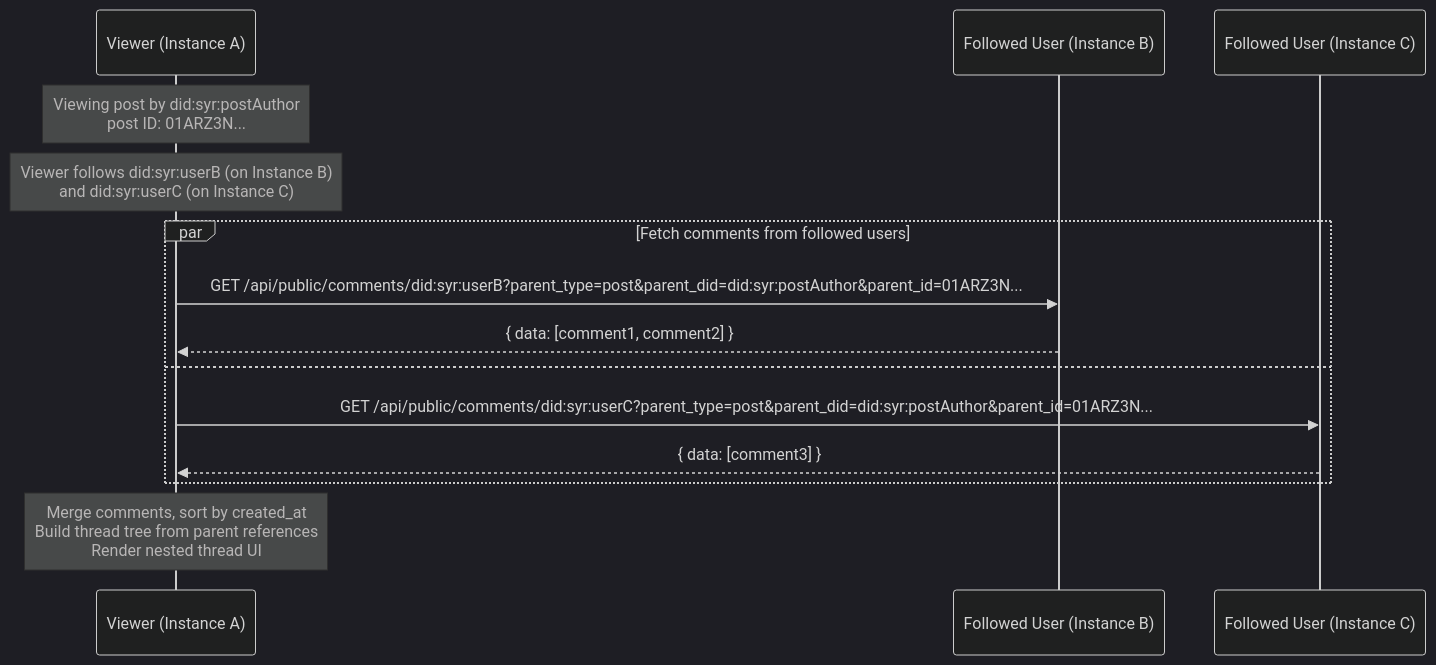
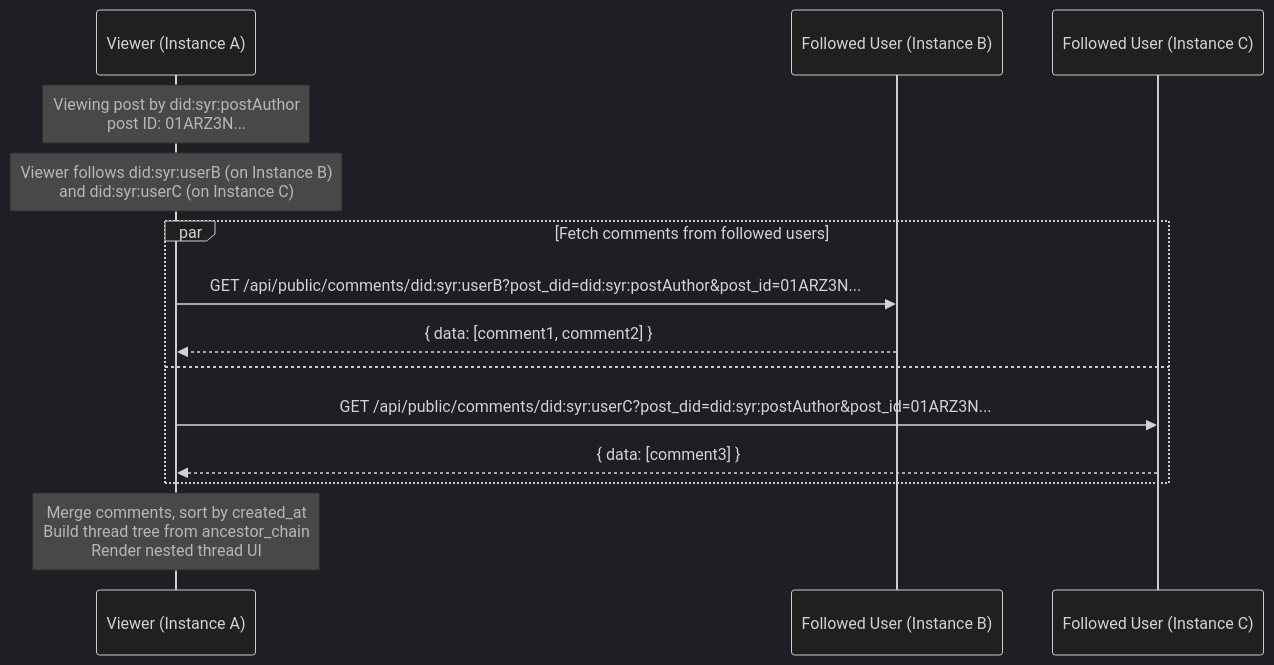
Before and after one commit to syr-is/syr: the diagram in apps/docs/app/src/routes/architecture/comments-reactions/+page.md, drawn with Mermaid (dark theme). The commit also changed other lines of this file and 4 other files, not shown here.

````diff
--- a/apps/docs/app/src/routes/architecture/comments-reactions/+page.md
+++ b/apps/docs/app/src/routes/architecture/comments-reactions/+page.md
@@ -170,20 +170,20 @@
 ```mermaid
 sequenceDiagram
     participant Viewer as Viewer (Instance A)
     participant FollowedB as Followed User (Instance B)
     participant FollowedC as Followed User (Instance C)
 
     Note over Viewer: Viewing post by did:syr:postAuthor<br/>post ID: 01ARZ3N...
 
     Note over Viewer: Viewer follows did:syr:userB (on Instance B)<br/>and did:syr:userC (on Instance C)
 
     par Fetch comments from followed users
-        Viewer->>FollowedB: GET /api/public/comments/did:syr:userB?parent_type=post&parent_did=did:syr:postAuthor&parent_id=01ARZ3N...
+        Viewer->>FollowedB: GET /api/public/comments/did:syr:userB?post_did=did:syr:postAuthor&post_id=01ARZ3N...
         FollowedB-->>Viewer: { data: [comment1, comment2] }
     and
-        Viewer->>FollowedC: GET /api/public/comments/did:syr:userC?parent_type=post&parent_did=did:syr:postAuthor&parent_id=01ARZ3N...
+        Viewer->>FollowedC: GET /api/public/comments/did:syr:userC?post_did=did:syr:postAuthor&post_id=01ARZ3N...
         FollowedC-->>Viewer: { data: [comment3] }
     end
 
-    Note over Viewer: Merge comments, sort by created_at<br/>Build thread tree from parent references<br/>Render nested thread UI
+    Note over Viewer: Merge comments, sort by created_at<br/>Build thread tree from ancestor_chain<br/>Render nested thread UI
 ```
````
